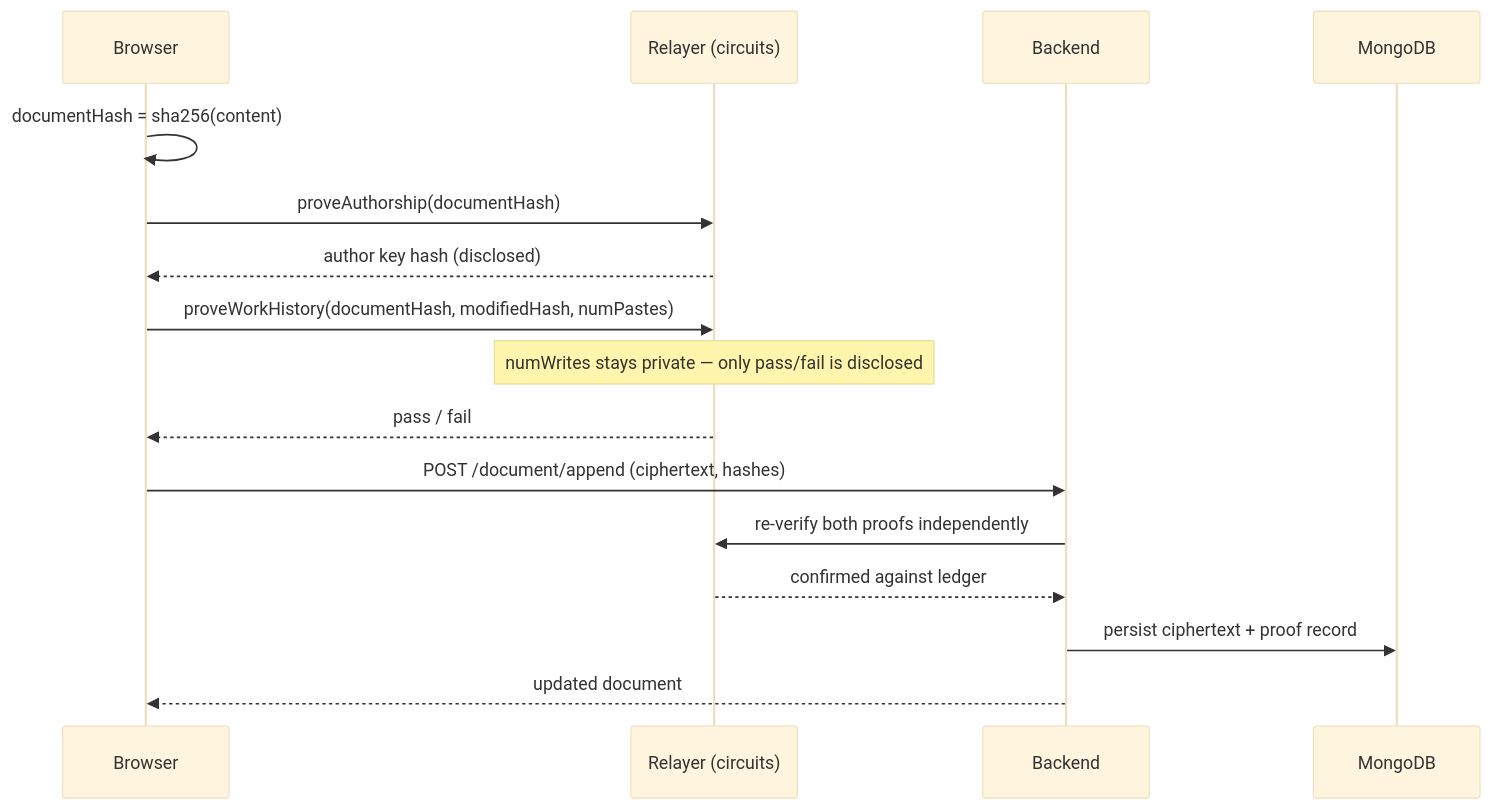
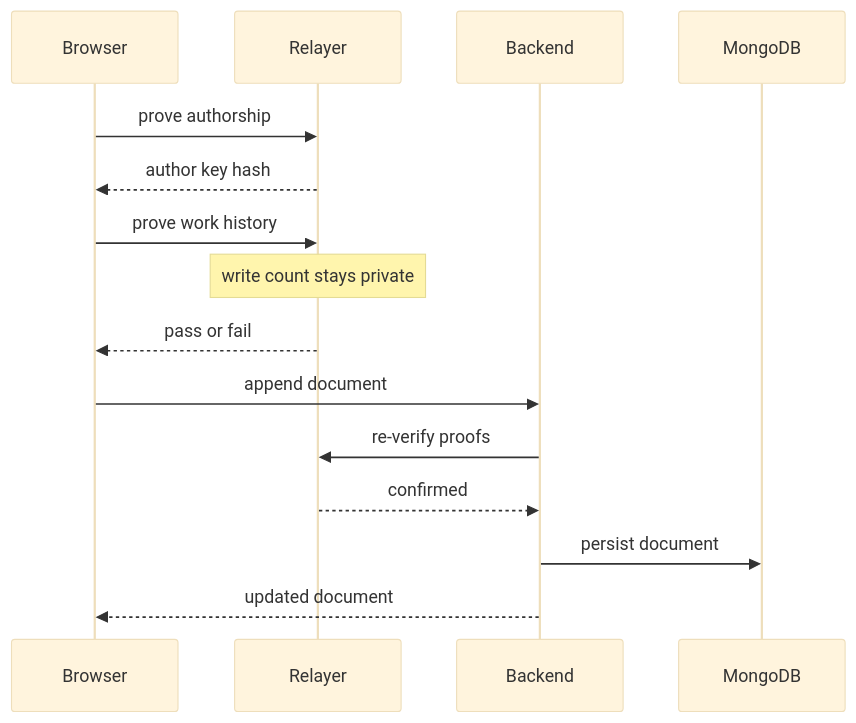
The third of 4 diagrams in README.md (Nanle-code/privatescroll), drawn with Mermaid (base theme) before and after one commit. The commit also changed other lines of this file, not shown here.

First line of the commit message:
Tighten README diagrams so nothing gets clipped by GitHub's viewer

````diff
--- a/README.md
+++ b/README.md
@@ -123,19 +123,18 @@
 ```mermaid
 sequenceDiagram
     participant U as Browser
-    participant R as Relayer (circuits)
+    participant R as Relayer
     participant B as Backend
     participant M as MongoDB
 
-    U->>U: documentHash = sha256(content)
-    U->>R: proveAuthorship(documentHash)
-    R-->>U: author key hash (disclosed)
-    U->>R: proveWorkHistory(documentHash, modifiedHash, numPastes)
-    Note over R: numWrites stays private — only pass/fail is disclosed
-    R-->>U: pass / fail
-    U->>B: POST /document/append (ciphertext, hashes)
-    B->>R: re-verify both proofs independently
-    R-->>B: confirmed against ledger
-    B->>M: persist ciphertext + proof record
+    U->>R: prove authorship
+    R-->>U: author key hash
+    U->>R: prove work history
+    Note over R: write count stays private
+    R-->>U: pass or fail
+    U->>B: append document
+    B->>R: re-verify proofs
+    R-->>B: confirmed
+    B->>M: persist document
     B-->>U: updated document
 ```
````
